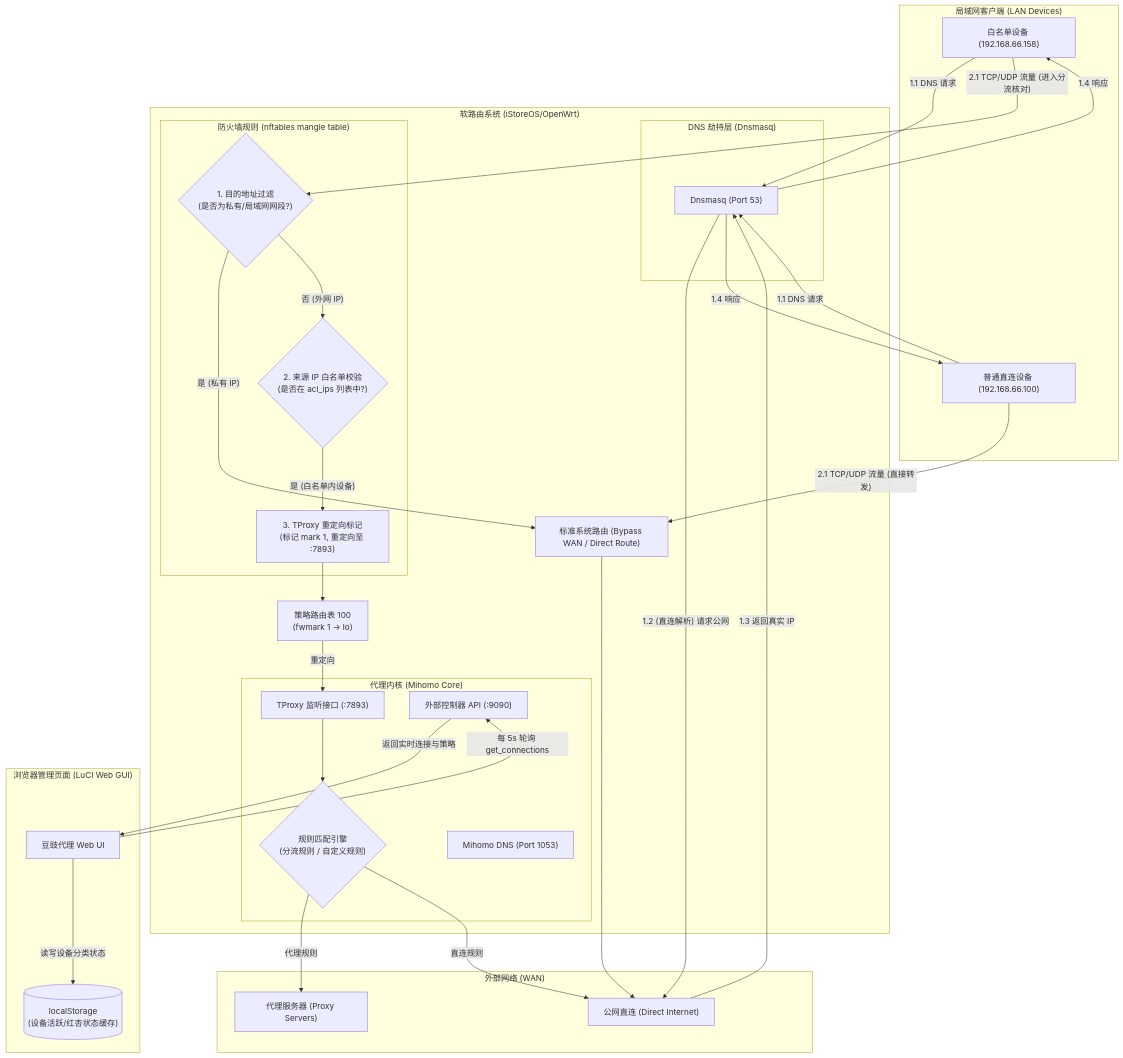
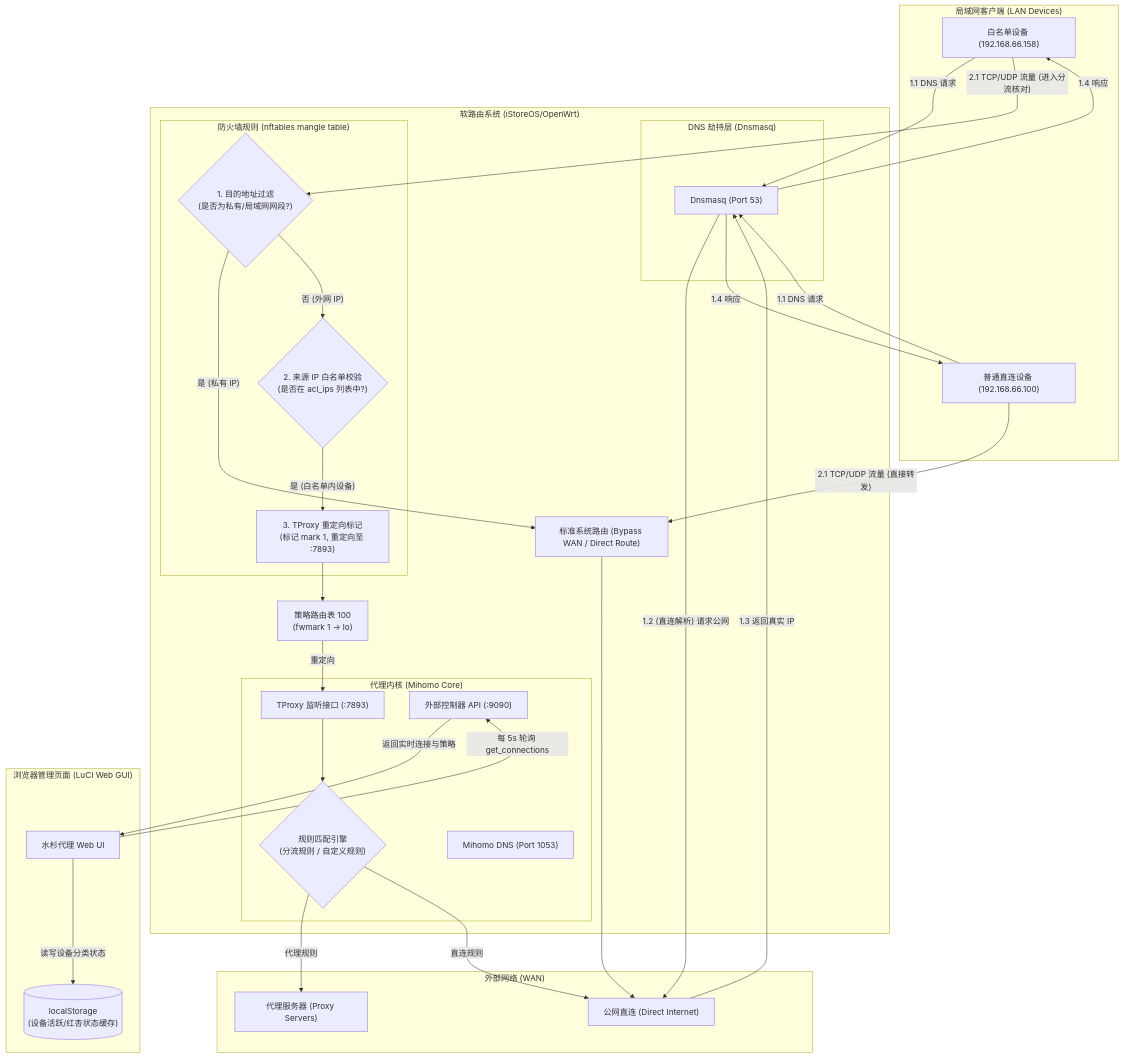
One commit to chanf/SSProxy changed the first of 2 diagrams in docs/data-flow-design.md. Above: the diagram before and after it, drawn with Mermaid. The commit also changed other lines of this file and 18 other files, not shown here.

````diff
--- a/docs/data-flow-design.md
+++ b/docs/data-flow-design.md
@@ -11,75 +11,75 @@
 ```mermaid
 graph TD
     %% LAN Devices and DNS Flow
     subgraph LAN ["局域网客户端 (LAN Devices)"]
         devA["白名单设备 (192.168.66.158)"]
         devB["普通直连设备 (192.168.66.100)"]
     end
 
     subgraph Router ["软路由系统 (iStoreOS/OpenWrt)"]
         %% DNS Hijack sub-layer
         subgraph DNS_Layer ["DNS 劫持层 (Dnsmasq)"]
             dns_masq["Dnsmasq (Port 53)"]
         end
 
         %% Firewall sub-layer
         subgraph Firewall ["防火墙规则 (nftables mangle table)"]
             daddr_check{"1. 目的地址过滤<br/>(是否为私有/局域网网段?)"}
             whitelist_check{"2. 来源 IP 白名单校验<br/>(是否在 acl_ips 列表中?)"}
             tproxy_rules["3. TProxy 重定向标记<br/>(标记 mark 1, 重定向至 :7893)"]
         end
 
         %% Routing Table / WAN Bypass
         bypass_wan["标准系统路由 (Bypass WAN / Direct Route)"]
         policy_route["策略路由表 100<br/>(fwmark 1 -> lo)"]
 
         %% Mihomo Core
         subgraph Mihomo ["代理内核 (Mihomo Core)"]
             tproxy_in["TProxy 监听接口 (:7893)"]
             rule_engine{"规则匹配引擎<br/>(分流规则 / 自定义规则)"}
             controller_api["外部控制器 API (:9090)"]
             mihomo_dns["Mihomo DNS (Port 1053)"]
         end
     end
 
     subgraph WebGUI ["浏览器管理页面 (LuCI Web GUI)"]
-        douchi_gui["豆豉代理 Web UI"]
+        shuishan_gui["水杉代理 Web UI"]
         local_store[("localStorage<br/>(设备活跃/红杏状态缓存)")]
     end
 
     subgraph Internet ["外部网络 (WAN)"]
         proxied_wan["代理服务器 (Proxy Servers)"]
         direct_wan["公网直连 (Direct Internet)"]
     end
 
     %% DNS Relationships
     devA -- "1.1 DNS 请求" --> dns_masq
     devB -- "1.1 DNS 请求" --> dns_masq
     dns_masq -- "1.2 (直连解析) 请求公网" --> direct_wan
     direct_wan -- "1.3 返回真实 IP" --> dns_masq
     dns_masq -- "1.4 响应" --> devA
     dns_masq -- "1.4 响应" --> devB
 
     %% TCP/UDP Traffic Flow
     devA -- "2.1 TCP/UDP 流量 (进入分流核对)" --> daddr_check
     devB -- "2.1 TCP/UDP 流量 (直接转发)" --> bypass_wan
 
     daddr_check -- "是 (私有 IP)" --> bypass_wan
     daddr_check -- "否 (外网 IP)" --> whitelist_check
 
     whitelist_check -- "是 (白名单内设备)" --> tproxy_rules
 
     tproxy_rules --> policy_route
     policy_route -- "重定向" --> tproxy_in
     bypass_wan --> direct_wan
 
     %% Mihomo Processing
     tproxy_in --> rule_engine
     rule_engine -- "代理规则" --> proxied_wan
     rule_engine -- "直连规则" --> direct_wan
 
     %% Web UI Control and Logs Flow
-    douchi_gui -- "每 5s 轮询 get_connections" --> controller_api
-    douchi_gui -- "读写设备分类状态" --> local_store
-    controller_api -- "返回实时连接与策略" --> douchi_gui
+    shuishan_gui -- "每 5s 轮询 get_connections" --> controller_api
+    shuishan_gui -- "读写设备分类状态" --> local_store
+    controller_api -- "返回实时连接与策略" --> shuishan_gui
 ```
````
